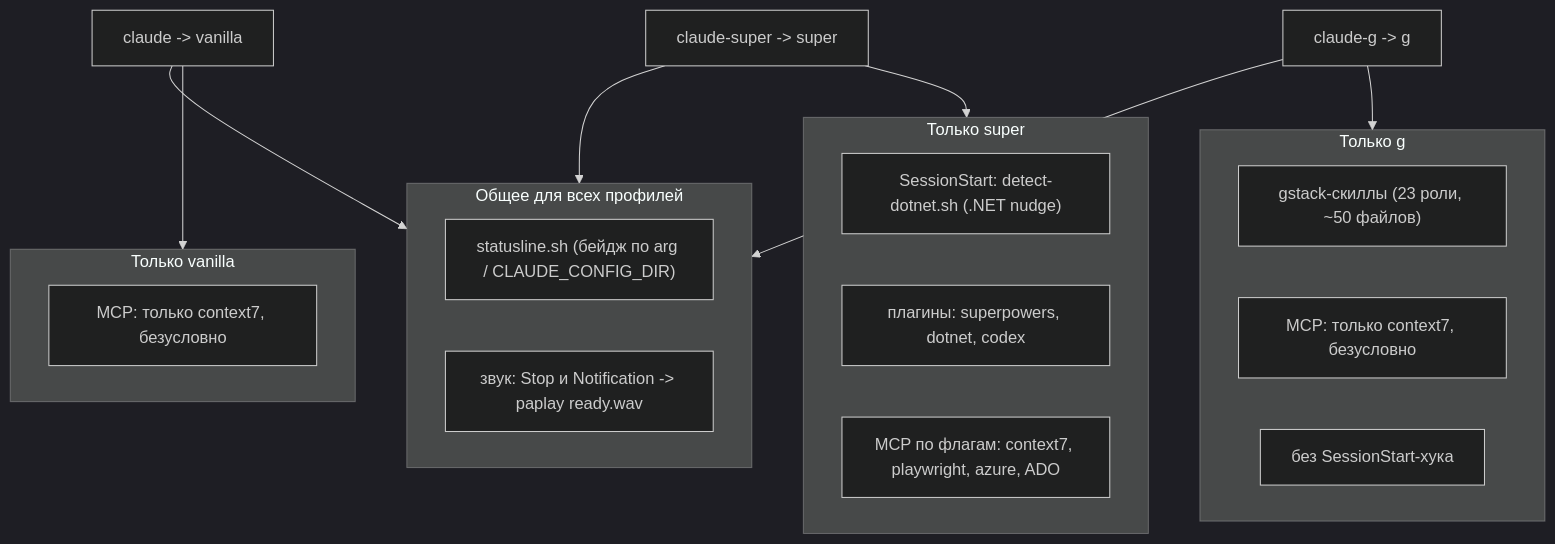
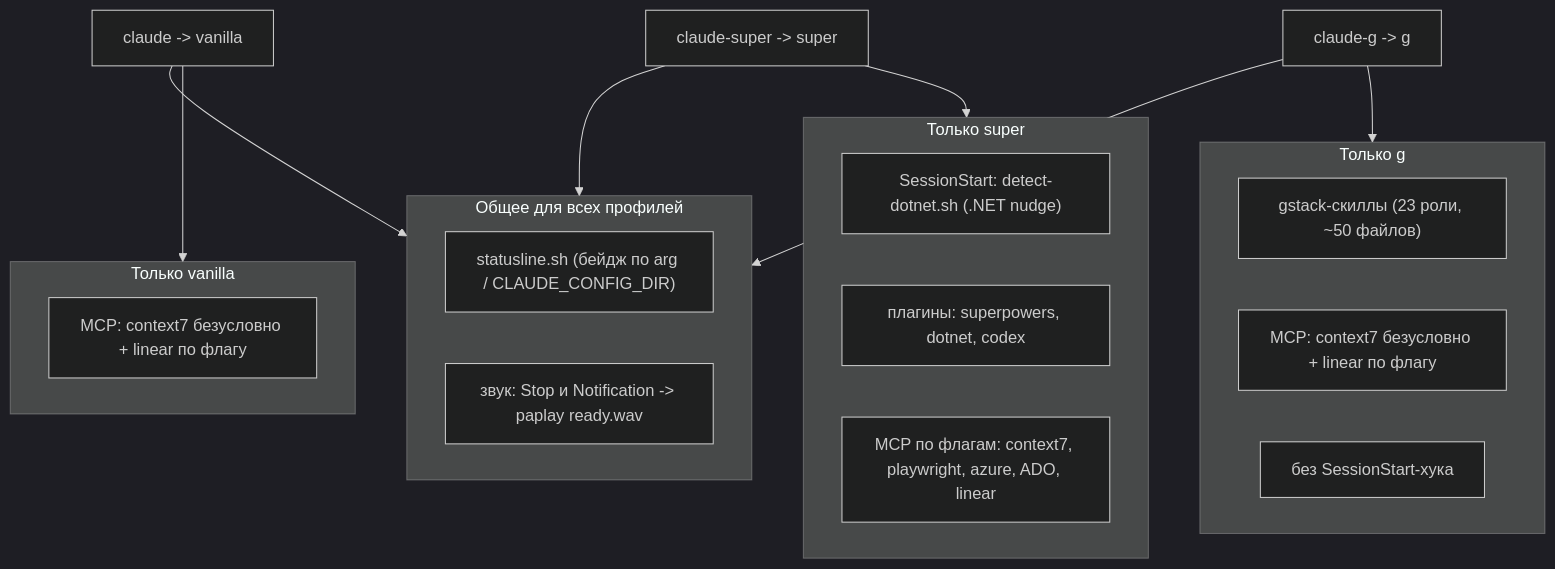
The diagram in docs/runtime.md (stpntkhnv/claudefiles), drawn with Mermaid (dark theme) before and after one commit. The commit also changed other lines of this file and 3 other files, not shown here.

Commit message:
docs: Linear MCP по флагу

````diff
--- a/docs/runtime.md
+++ b/docs/runtime.md
@@ -5,26 +5,26 @@
 ```mermaid
 flowchart TD
   subgraph shared["Общее для всех профилей"]
     sl["statusline.sh (бейдж по arg / CLAUDE_CONFIG_DIR)"]
     snd["звук: Stop и Notification -> paplay ready.wav"]
   end
   subgraph vanillaonly["Только vanilla"]
-    vmcp["MCP: только context7, безусловно"]
+    vmcp["MCP: context7 безусловно + linear по флагу"]
   end
   subgraph superonly["Только super"]
     hook["SessionStart: detect-dotnet.sh (.NET nudge)"]
     plug["плагины: superpowers, dotnet, codex"]
-    smcp["MCP по флагам: context7, playwright, azure, ADO"]
+    smcp["MCP по флагам: context7, playwright, azure, ADO, linear"]
   end
   subgraph gonly["Только g"]
     gskills["gstack-скиллы (23 роли, ~50 файлов)"]
-    gmcp["MCP: только context7, безусловно"]
+    gmcp["MCP: context7 безусловно + linear по флагу"]
     gnohook["без SessionStart-хука"]
   end
   van["claude -> vanilla"] --> shared
   van --> vanillaonly
   sup["claude-super -> super"] --> shared
   sup --> superonly
   g["claude-g -> g"] --> shared
   g --> gonly
 ```
````
